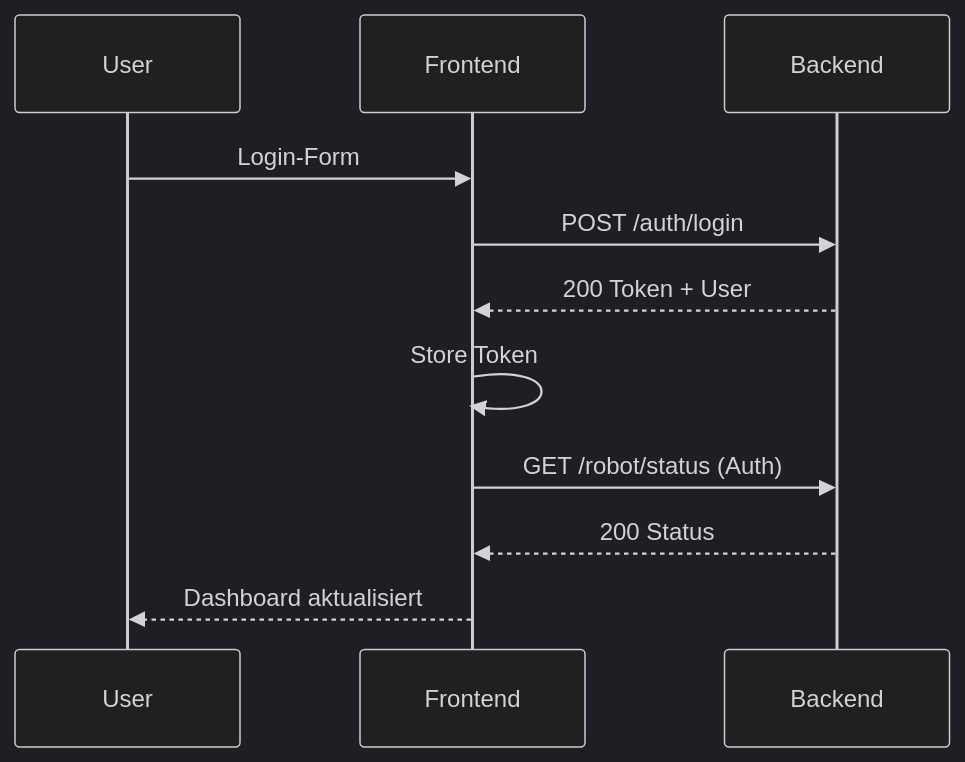
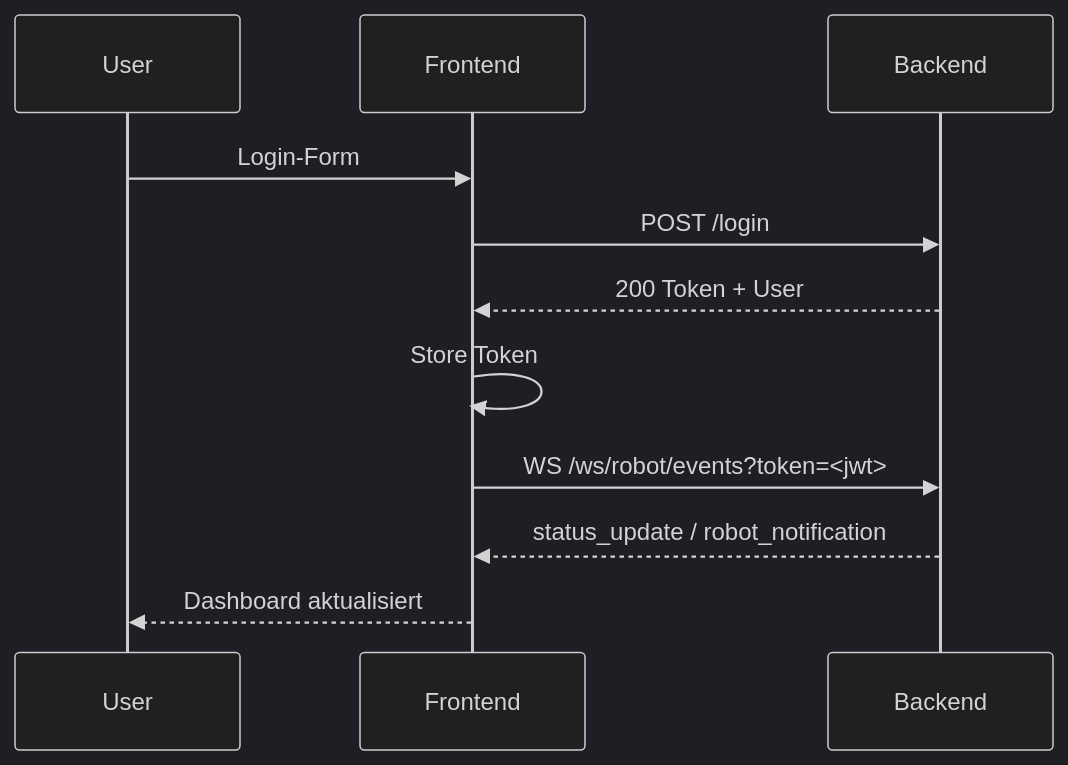
Before and after one commit to TeleTable-StartUp-Lab/frontend: the diagram in docs/frontend-backend-kommunikation.md, drawn with Mermaid (dark theme). The commit also changed other lines of this file and 5 other files, not shown here.

````diff
--- a/docs/frontend-backend-kommunikation.md
+++ b/docs/frontend-backend-kommunikation.md
@@ -114,14 +144,14 @@
 ```mermaid
 sequenceDiagram
   participant U as User
   participant FE as Frontend
   participant BE as Backend
 
   U->>FE: Login-Form
-  FE->>BE: POST /auth/login
+  FE->>BE: POST /login
   BE-->>FE: 200 Token + User
   FE->>FE: Store Token
-  FE->>BE: GET /robot/status (Auth)
-  BE-->>FE: 200 Status
+  FE->>BE: WS /ws/robot/events?token=<jwt>
+  BE-->>FE: status_update / robot_notification
   FE-->>U: Dashboard aktualisiert
 ```
````
